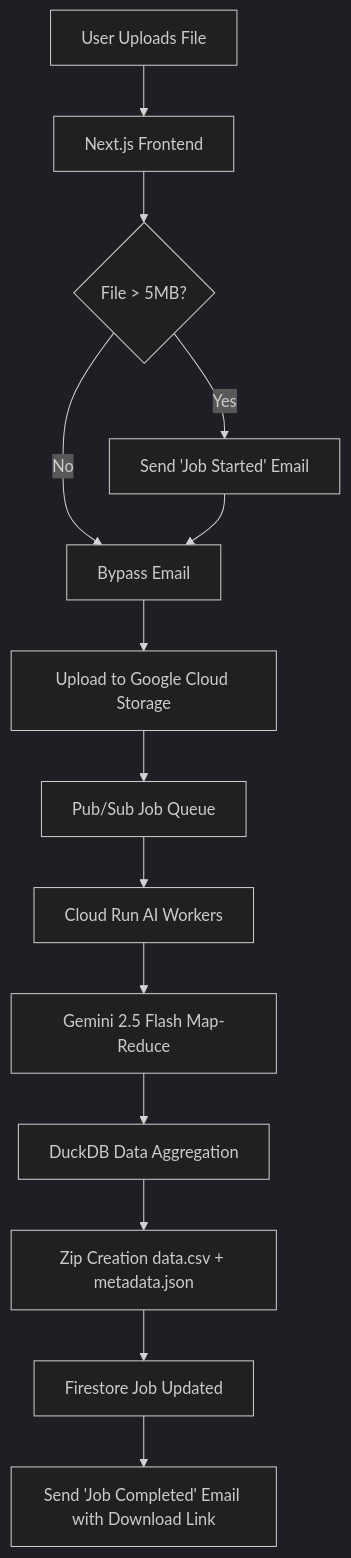
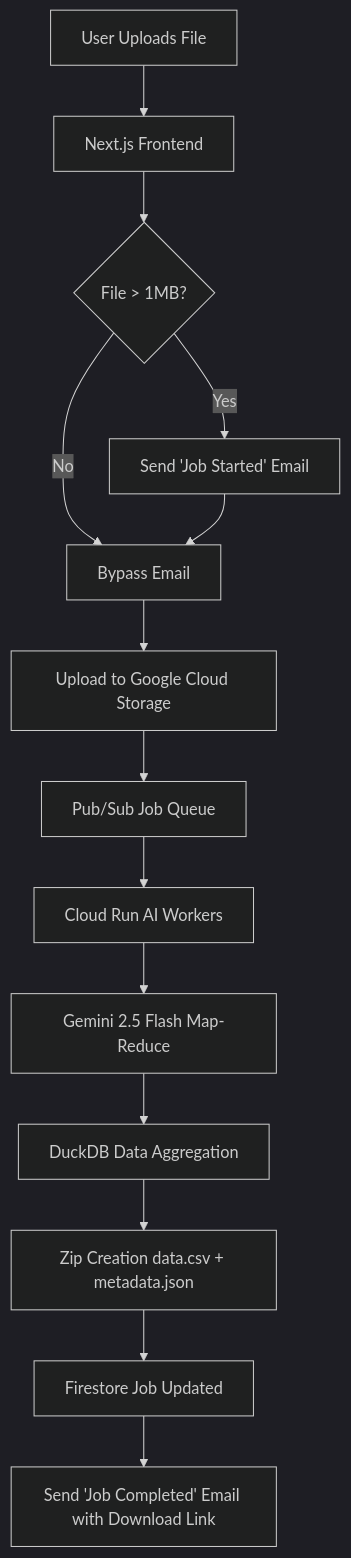
One commit to halcyon-past/Structurify changed the diagram in README.md. Above: the diagram before and after it, drawn with Mermaid (dark theme). The commit also changed other lines of this file and 5 other files, not shown here.

````diff
--- a/README.md
+++ b/README.md
@@ -38,16 +38,16 @@
 ```mermaid
 graph TD;
     A[User Uploads File] --> B[Next.js Frontend];
-    B --> C{File > 5MB?};
+    B --> C{File > 1MB?};
     C -- Yes --> D[Send 'Job Started' Email];
     C -- No --> E[Bypass Email];
     D --> E;
     E --> F[Upload to Google Cloud Storage];
     F --> G[Pub/Sub Job Queue];
     G --> H[Cloud Run AI Workers];
     H --> I[Gemini 2.5 Flash Map-Reduce];
     I --> J[DuckDB Data Aggregation];
     J --> K[Zip Creation data.csv + metadata.json];
     K --> L[Firestore Job Updated];
     L --> M[Send 'Job Completed' Email with Download Link];
 ```
````
